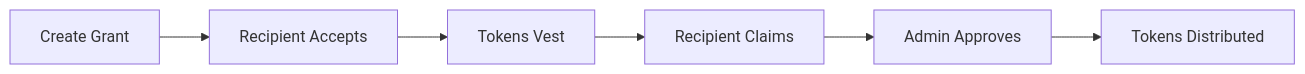
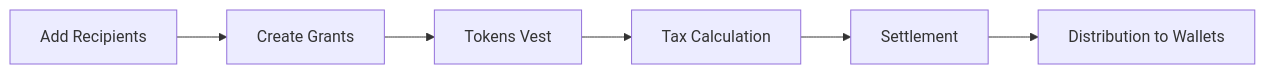
Before and after one commit to TokuEng/docs: the diagram in tga/overview.mdx, drawn with Mermaid. The commit also changed other lines of this file and 9 other files, not shown here.

````diff
--- a/tga/overview.mdx
+++ b/tga/overview.mdx
@@ -39,8 +55,8 @@
 ```mermaid
 flowchart LR
-    A[Create Grant] --> B[Recipient Accepts]
+    A[Add Recipients] --> B[Create Grants]
     B --> C[Tokens Vest]
-    C --> D[Recipient Claims]
-    D --> E[Admin Approves]
-    E --> F[Tokens Distributed]
+    C --> D[Tax Calculation]
+    D --> E[Settlement]
+    E --> F[Distribution to Wallets]
 ```
````
